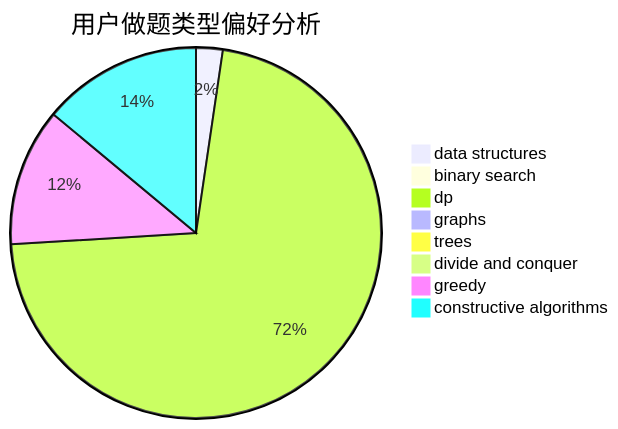
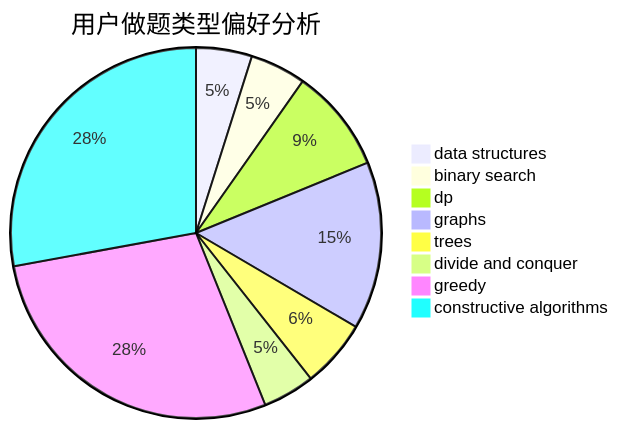
Before and after one commit to sherpahu/cfrs.github.io: the second of 3 diagrams in docs/user/u380.md, drawn with Mermaid. The commit also changed other lines of this file and 2770 other files, not shown here.

````diff
--- a/docs/user/u380.md
+++ b/docs/user/u380.md
@@ -23,11 +23,11 @@
 ```mermaid
 pie title 用户做题类型偏好分析
-    "data structures" :  6
-    "binary search" :  0
-    "dp" :  185
-    "graphs" :  0
-    "trees" :  0
-    "divide and conquer" :  0
-    "greedy" :  31
-    "constructive algorithms" :  36
+    "data structures" :  14
+    "binary search" :  14
+    "dp" :  26
+    "graphs" :  42
+    "trees" :  17
+    "divide and conquer" :  13
+    "greedy" :  81
+    "constructive algorithms" :  80
 ```
````
